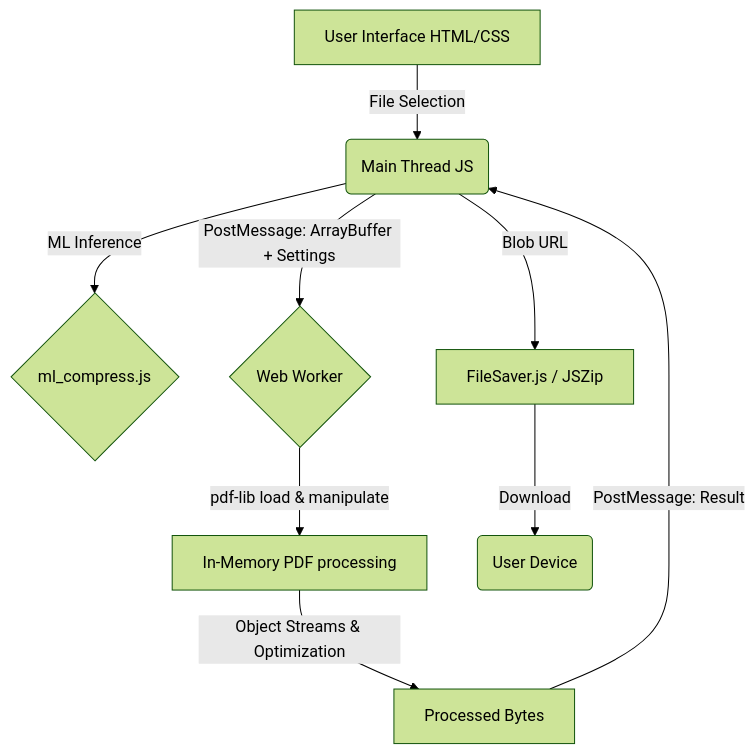
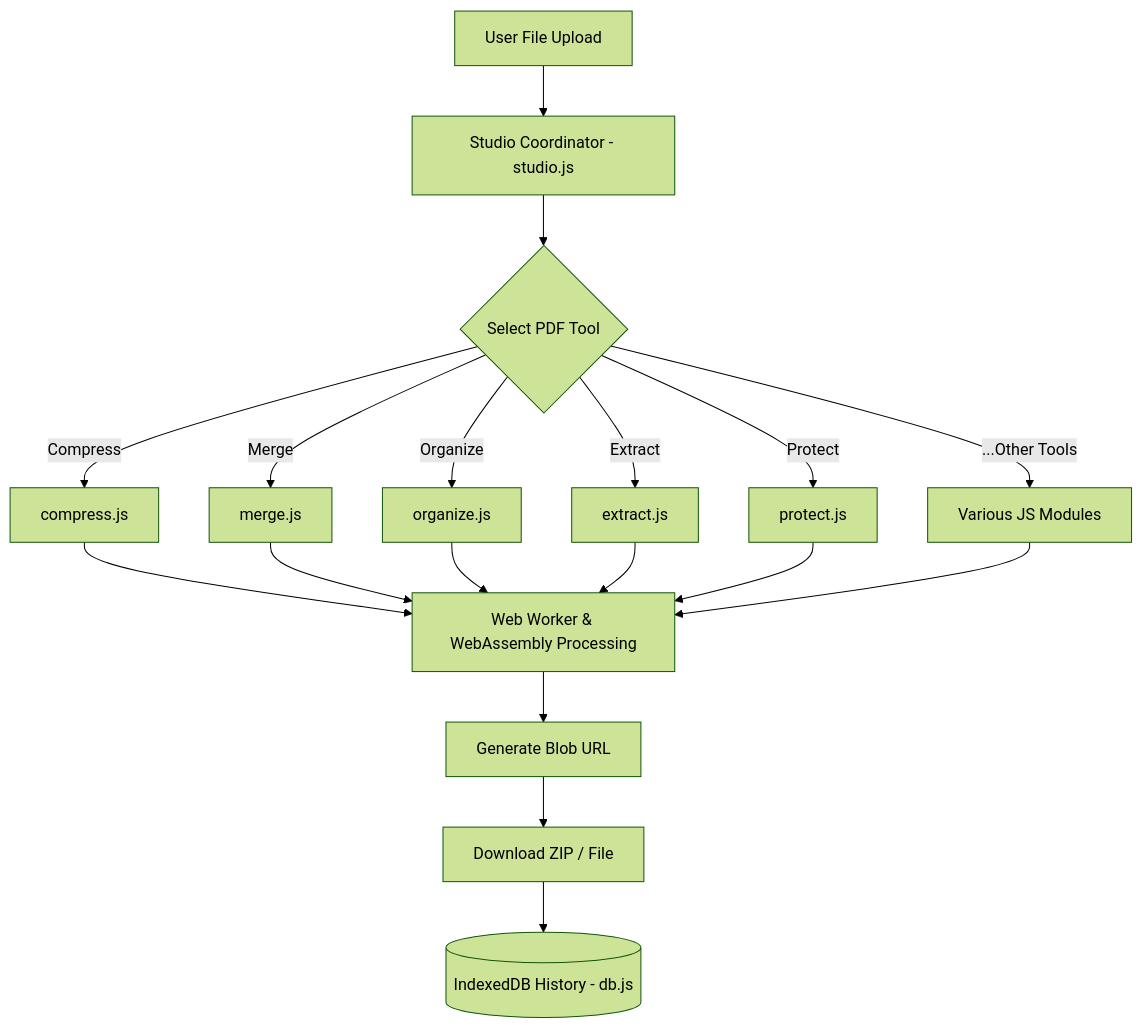
The diagram in README.md (abhranilsingharoy-cloud/ZapPDF), drawn with Mermaid (forest theme) before and after one commit. The commit also changed other lines of this file, not shown here.

Commit message:
docs: Add visual architecture diagram to README

````diff
--- a/README.md
+++ b/README.md
@@ -79,11 +79,25 @@
 ```mermaid
 graph TD
-    A[User Interface HTML/CSS] -->|File Selection| B(Main Thread JS)
-    B -->|ML Inference| C{ml_compress.js}
-    B -->|PostMessage: ArrayBuffer + Settings| D{Web Worker}
-    D -->|pdf-lib load & manipulate| E[In-Memory PDF processing]
-    E -->|Object Streams & Optimization| F[Processed Bytes]
-    F -->|PostMessage: Result| B
-    B -->|Blob URL| G[FileSaver.js / JSZip]
-    G -->|Download| H(User Device)
+    Upload[User File Upload] --> Coord[Studio Coordinator - studio.js]
+    
+    Coord --> Select{Select PDF Tool}
+    
+    Select -->|Compress| Comp[compress.js]
+    Select -->|Merge| Mrg[merge.js]
+    Select -->|Organize| Org[organize.js]
+    Select -->|Extract| Ext[extract.js]
+    Select -->|Protect| Pro[protect.js]
+    Select -->|...Other Tools| Oth[Various JS Modules]
+    
+    Comp --> Wasm[Web Worker & WebAssembly Processing]
+    Mrg --> Wasm
+    Org --> Wasm
+    Ext --> Wasm
+    Pro --> Wasm
+    Oth --> Wasm
+    
+    Wasm --> Blob[Generate Blob URL]
+    
+    Blob --> Down[Download ZIP / File]
+    Down --> DB[(IndexedDB History - db.js)]
 ```
````
